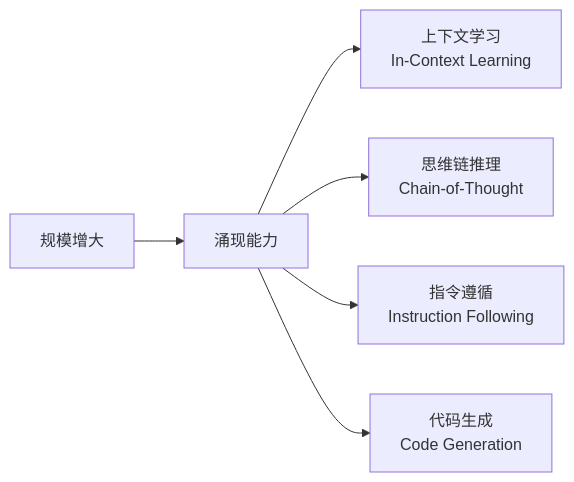
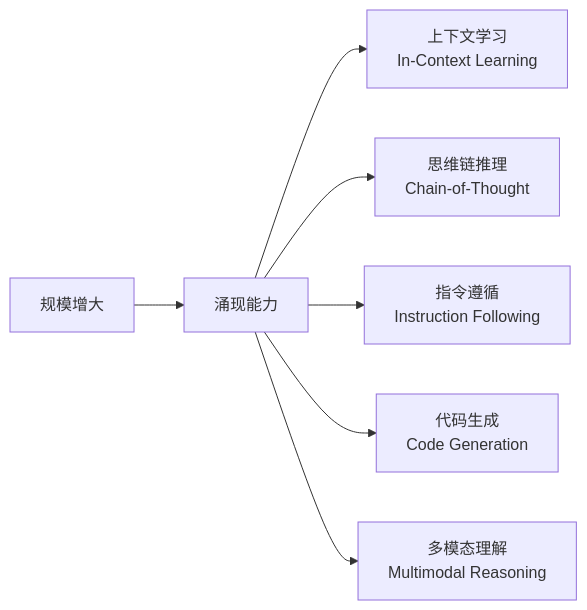
One commit to Xunzhuo/mini-sglang changed diagram 18 of 19 in learning/website/docs/basics/02-language-model-history.md. Above: the diagram before and after it, drawn with Mermaid. The commit also changed other lines of this file and 7 other files, not shown here.

````diff
--- a/learning/website/docs/basics/02-language-model-history.md
+++ b/learning/website/docs/basics/02-language-model-history.md
@@ -353,9 +504,10 @@
 ```mermaid
 graph LR
     S[规模增大] --> E[涌现能力]
     
     E --> E1[上下文学习<br/>In-Context Learning]
     E --> E2[思维链推理<br/>Chain-of-Thought]
     E --> E3[指令遵循<br/>Instruction Following]
     E --> E4[代码生成<br/>Code Generation]
+    E --> E5[多模态理解<br/>Multimodal Reasoning]
 ```
````
